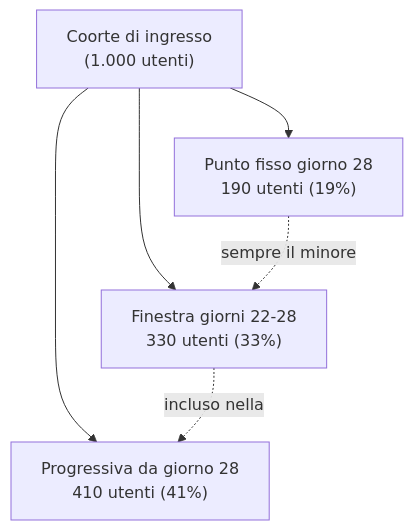
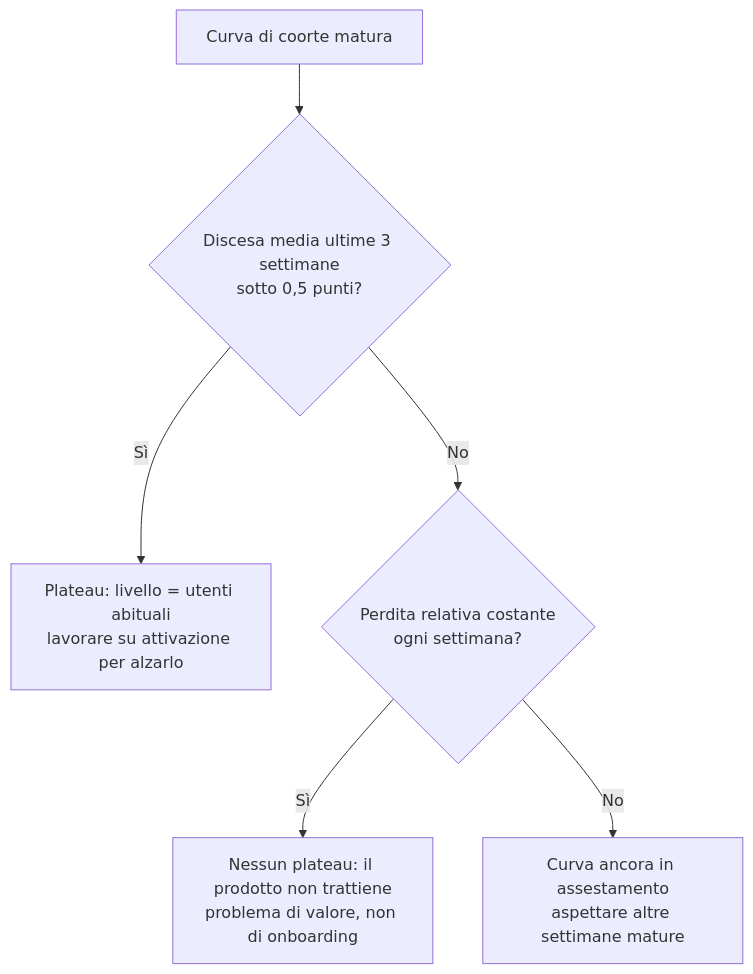
Before and after one commit to AndreyBertasini/gynnitech: the diagram in src/content/corso/analisi-prodotto/retention-framework.mdx, drawn with Mermaid. The commit also changed other lines of this file and 2 other files, not shown here.

Commit message:
Modulo 5: lezioni funnel-analysis, onboarding-attivazione e retention-framework (didattica-v2)

````diff
--- a/src/content/corso/analisi-prodotto/retention-framework.mdx
+++ b/src/content/corso/analisi-prodotto/retention-framework.mdx
@@ -53,8 +147,8 @@
 ```mermaid
 flowchart TD
-    A["Coorte di ingresso<br/>(1.000 utenti)"] --> B["Punto fisso giorno 28<br/>190 utenti (19%)"]
-    A --> C["Finestra giorni 22-28<br/>330 utenti (33%)"]
-    A --> D["Progressiva da giorno 28<br/>410 utenti (41%)"]
-    B -.->|"sempre il minore"| C
-    C -.->|"incluso nella"| D
+    A["Curva di coorte matura"] --> B{"Discesa media ultime 3 settimane<br/>sotto 0,5 punti?"}
+    B -->|"Sì"| C["Plateau: livello = utenti abituali<br/>lavorare su attivazione per alzarlo"]
+    B -->|"No"| D{"Perdita relativa costante<br/>ogni settimana?"}
+    D -->|"Sì"| E["Nessun plateau: il prodotto non trattiene<br/>problema di valore, non di onboarding"]
+    D -->|"No"| F["Curva ancora in assestamento<br/>aspettare altre settimane mature"]
 ```
````
